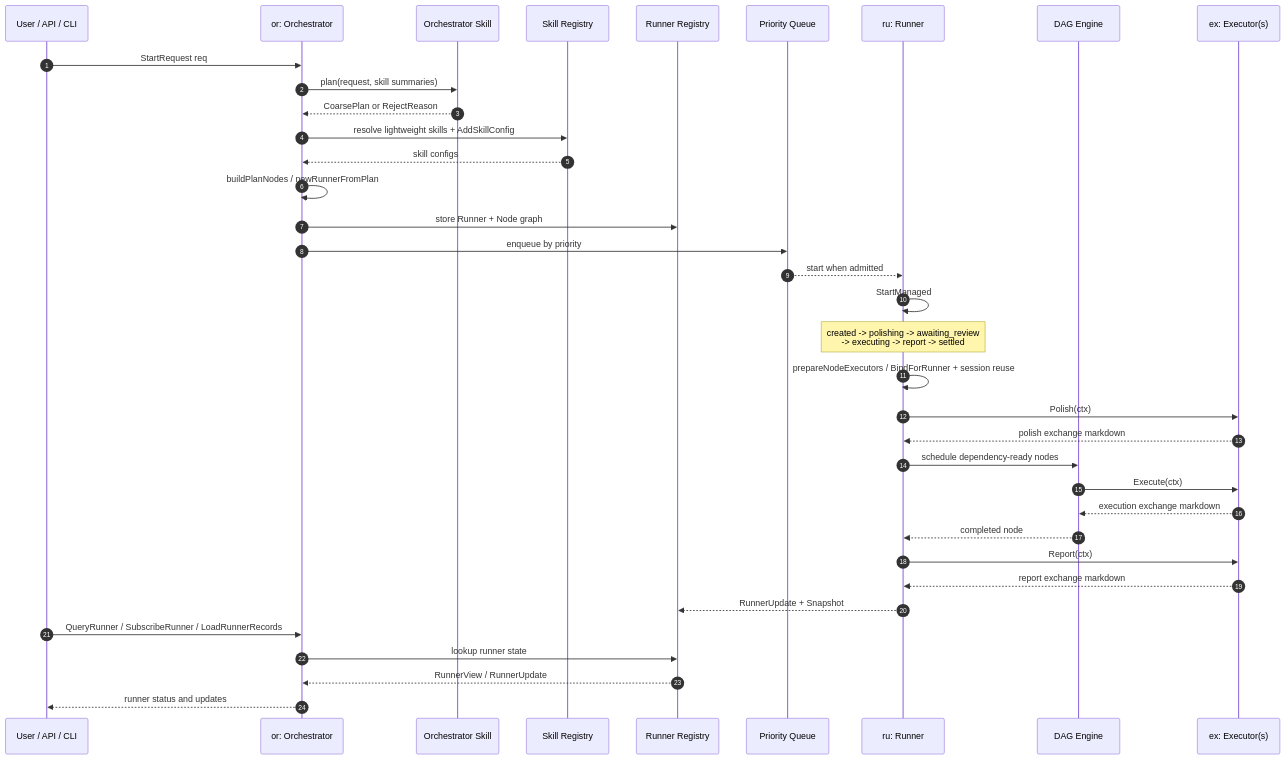
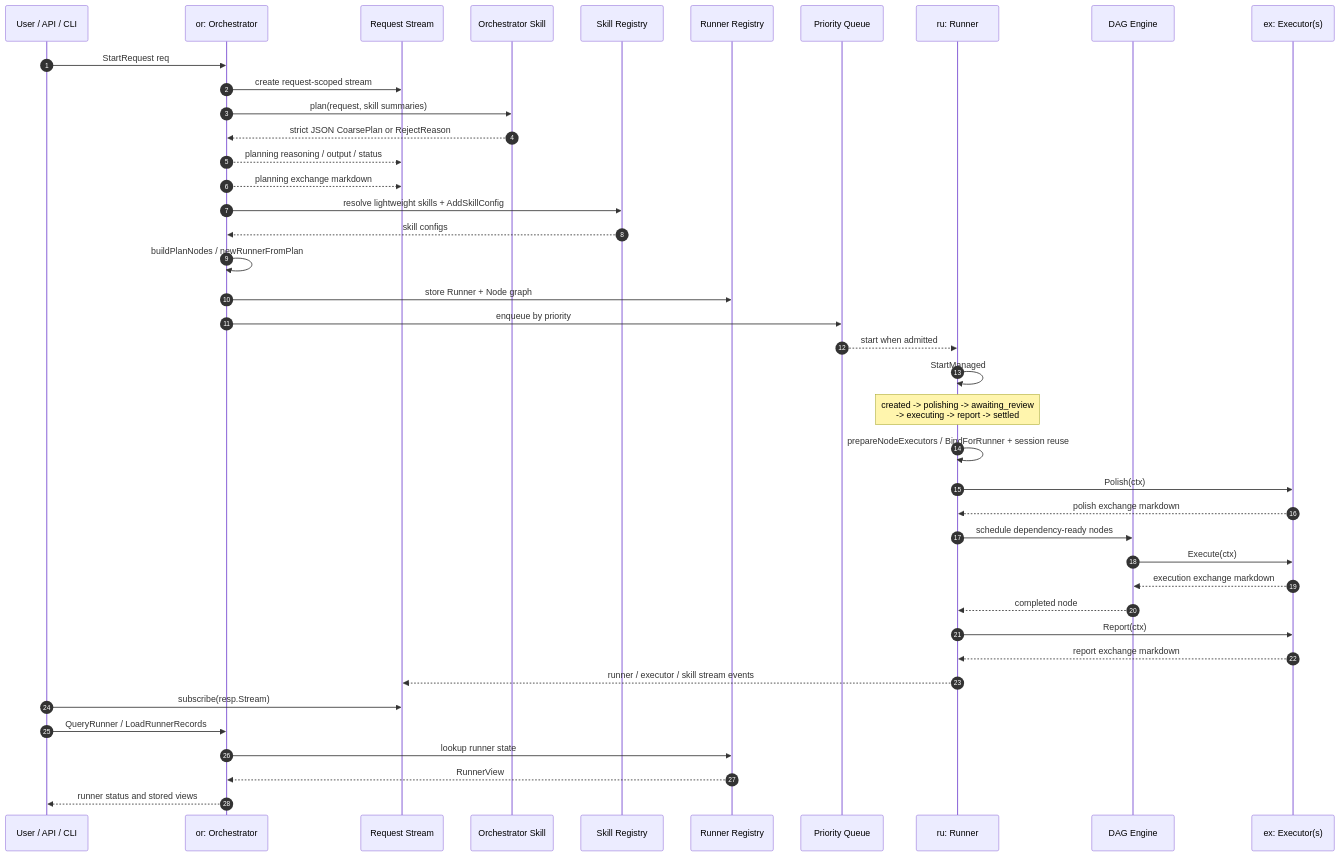
Before and after one commit to TsumiNa/dango: the first of 5 diagrams in architecture.md, drawn with Mermaid. The commit also changed other lines of this file and 72 other files, not shown here.

````diff
--- a/architecture.md
+++ b/architecture.md
@@ -14,39 +14,44 @@
 ```mermaid
 sequenceDiagram
     autonumber
     participant C as User / API / CLI
     participant O as or: Orchestrator
+    participant S as Request Stream
     participant OS as Orchestrator Skill
     participant SR as Skill Registry
     participant RR as Runner Registry
     participant Q as Priority Queue
     participant R as ru: Runner
     participant D as DAG Engine
     participant E as ex: Executor(s)
 
     C->>O: StartRequest req
+    O->>S: create request-scoped stream
     O->>OS: plan(request, skill summaries)
-    OS-->>O: CoarsePlan or RejectReason
+    OS-->>O: strict JSON CoarsePlan or RejectReason
+    O-->>S: planning reasoning / output / status
+    O-->>S: planning exchange markdown
     O->>SR: resolve lightweight skills + AddSkillConfig
     SR-->>O: skill configs
     O->>O: buildPlanNodes / newRunnerFromPlan
     O->>RR: store Runner + Node graph
     O->>Q: enqueue by priority
     Q-->>R: start when admitted
     R->>R: StartManaged
     Note over R: created -> polishing -> awaiting_review<br/>-> executing -> report -> settled
     R->>R: prepareNodeExecutors / BindForRunner + session reuse
     R->>E: Polish(ctx)
     E-->>R: polish exchange markdown
     R->>D: schedule dependency-ready nodes
     D->>E: Execute(ctx)
     E-->>D: execution exchange markdown
     D-->>R: completed node
     R->>E: Report(ctx)
     E-->>R: report exchange markdown
-    R-->>RR: RunnerUpdate + Snapshot
-    C->>O: QueryRunner / SubscribeRunner / LoadRunnerRecords
+    R-->>S: runner / executor / skill stream events
+    C->>S: subscribe(resp.Stream)
+    C->>O: QueryRunner / LoadRunnerRecords
     O->>RR: lookup runner state
-    RR-->>O: RunnerView / RunnerUpdate
-    O-->>C: runner status and updates
+    RR-->>O: RunnerView
+    O-->>C: runner status and stored views
 ```
````
